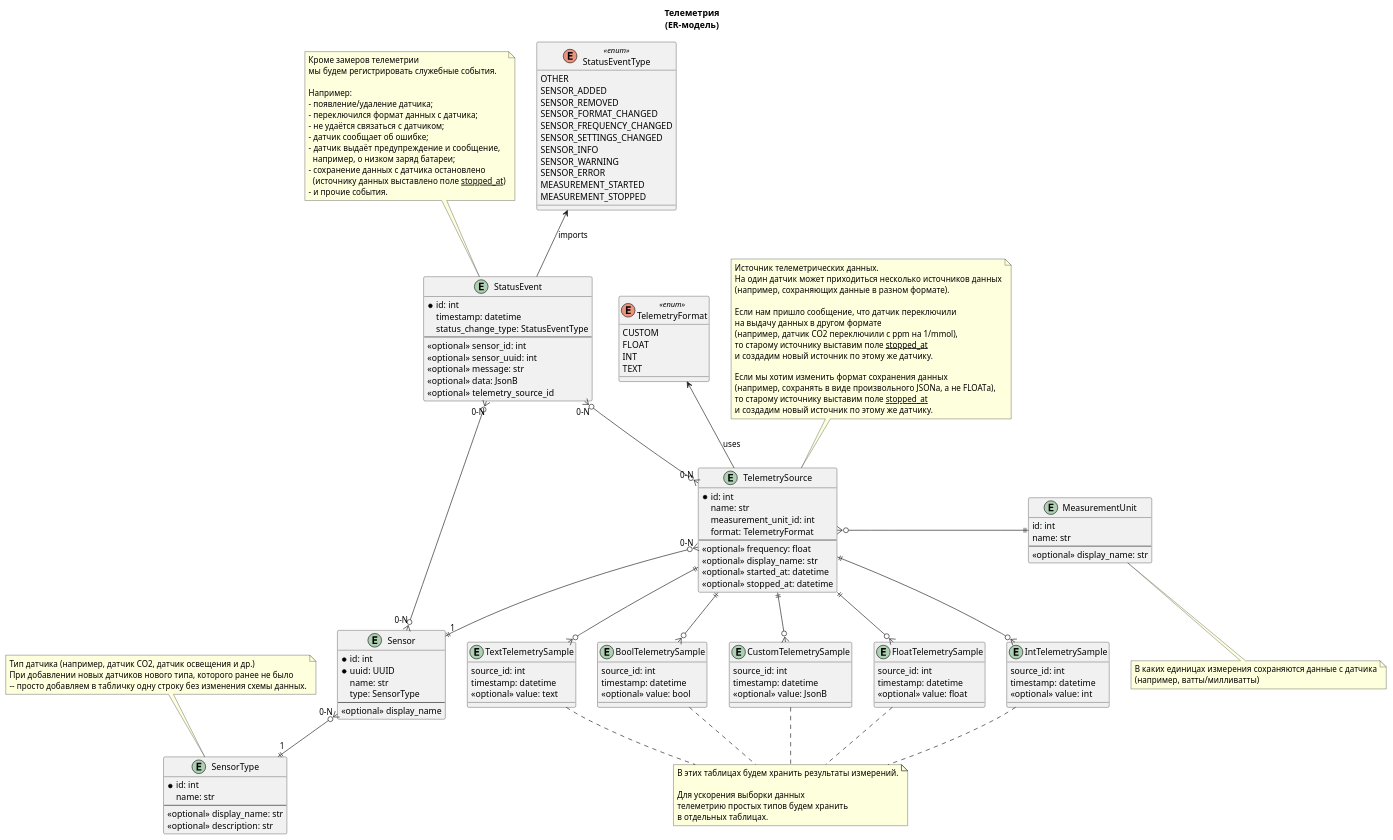
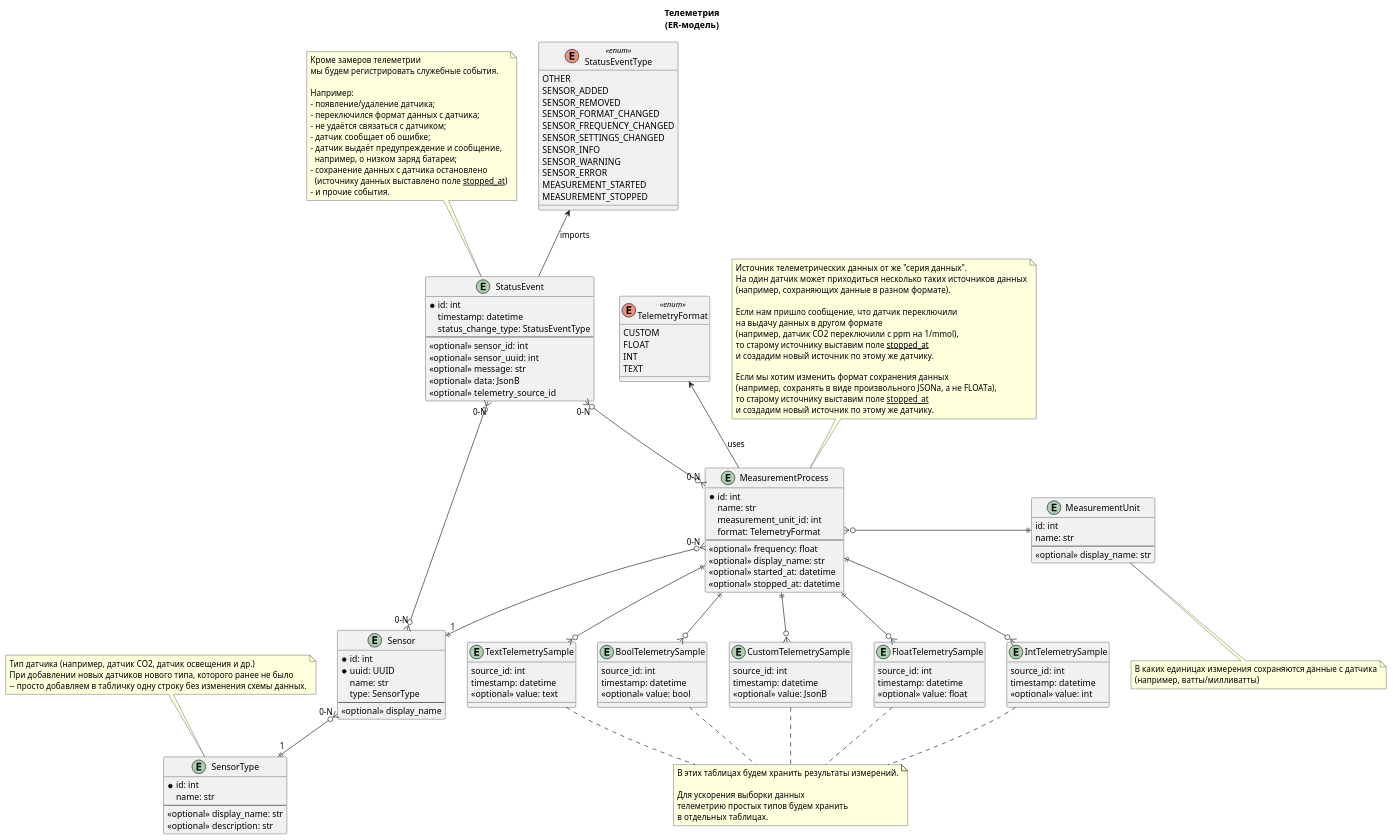
Before and after one commit to Felix-neko/architecture-pro-warmhouse: the diagram in diagrams/task3_er/er_telemetry.puml, drawn with PlantUML. The commit also changed 17 other files, not shown here.

```diff
--- a/diagrams/task3_er/er_telemetry.puml
+++ b/diagrams/task3_er/er_telemetry.puml
@@ -1,188 +1,188 @@
 @startuml
 
 title Телеметрия\n(ER-модель)
 
 entity SensorType {
     *id: int
     name: str
     ---
     <<optional>> display_name: str
     <<optional>> description: str
 }
 
 note as sensor_type_note
 Тип датчика (например, датчик CO2, датчик освещения и др.)
 При добавлении новых датчиков нового типа, которого ранее не было
 -- просто добавляем в табличку одну строку без изменения схемы данных.
 end note
 sensor_type_note .. SensorType
 
 entity Sensor {
     * id: int
     * uuid: UUID
     name: str
     type: SensorType
     ---
     <<optional>> display_name
 }
 
 Sensor "0-N" }o--|| "1" SensorType
 
 entity MeasurementUnit{
     id: int
     name: str
     --
     <<optional>> display_name: str
 }
 
 note as measurement_unit_note
     В каких единицах измерения сохраняются данные с датчика
     (например, ватты/милливатты)
 end note
 MeasurementUnit .. measurement_unit_note
 
 enum TelemetryFormat <<enum>> {
   CUSTOM
   FLOAT
   INT
   TEXT
 }
 
-entity TelemetrySource {
+entity MeasurementProcess {
     * id: int
     name: str
     measurement_unit_id: int
     format: TelemetryFormat
     --
     <<optional>> frequency: float
     <<optional>> display_name: str
     <<optional>> started_at: datetime
     <<optional>> stopped_at: datetime
 }
 
 note as telemetry_source_note
-    Источник телеметрических данных.
-    На один датчик может приходиться несколько источников данных
+    Источник телеметрических данных от же "серия данных".
+    На один датчик может приходиться несколько таких источников данных
     (например, сохраняющих данные в разном формате).
 
     Если нам пришло сообщение, что датчик переключили
     на выдачу данных в другом формате
     (например, датчик CO2 переключили с ppm на 1/mmol),
     то старому источнику выставим поле <u>stopped_at</u>
     и создадим новый источник по этому же датчику.
 
     Если мы хотим изменить формат сохранения данных
     (например, сохранять в виде произвольного JSONа, а не FLOATа),
     то старому источнику выставим поле <u>stopped_at</u>
     и создадим новый источник по этому же датчику.
     end note
 
-telemetry_source_note -- TelemetrySource
+telemetry_source_note -- MeasurementProcess
 
 
-TelemetrySource }o-|| MeasurementUnit
+MeasurementProcess }o-|| MeasurementUnit
 
-TelemetryFormat <-- TelemetrySource: uses
-TelemetrySource "0-N" }o--|| "1" Sensor
+TelemetryFormat <-- MeasurementProcess: uses
+MeasurementProcess "0-N" }o--|| "1" Sensor
 
 
 entity "CustomTelemetrySample" as custom_telemetry_sample {
     source_id: int
     timestamp: datetime
     <<optional>> value: JsonB
 }
 
 entity "FloatTelemetrySample" as float_telemetry_sample {
     source_id: int
     timestamp: datetime
     <<optional>> value: float
 }
 
 entity "IntTelemetrySample" as int_telemetry_sample {
     source_id: int
     timestamp: datetime
     <<optional>> value: int
 }
 
 entity "TextTelemetrySample" as text_telemetry_sample {
     source_id: int
     timestamp: datetime
     <<optional>> value: text
 }
 
 entity "BoolTelemetrySample" as bool_telemetry_sample {
     source_id: int
     timestamp: datetime
     <<optional>> value: bool
 }
 
-TelemetrySource ||--o{ custom_telemetry_sample
-TelemetrySource ||--o{ float_telemetry_sample
-TelemetrySource ||--o{ int_telemetry_sample
-TelemetrySource ||--o{ text_telemetry_sample
-TelemetrySource ||--o{ bool_telemetry_sample
+MeasurementProcess ||--o{ custom_telemetry_sample
+MeasurementProcess ||--o{ float_telemetry_sample
+MeasurementProcess ||--o{ int_telemetry_sample
+MeasurementProcess ||--o{ text_telemetry_sample
+MeasurementProcess ||--o{ bool_telemetry_sample
 
 note as telemetry_tables_note
 В этих таблицах будем хранить результаты измерений.
 
 Для ускорения выборки данных
 телеметрию простых типов будем хранить
 в отдельных таблицах.
 end note
 
 text_telemetry_sample .. telemetry_tables_note
 bool_telemetry_sample .. telemetry_tables_note
 custom_telemetry_sample .. telemetry_tables_note
 float_telemetry_sample .. telemetry_tables_note
 int_telemetry_sample .. telemetry_tables_note
 
 
 entity StatusEvent {
 * id: int
 timestamp: datetime
 status_change_type: StatusEventType
 ---
 <<optional>> sensor_id: int
 <<optional>> sensor_uuid: int
 <<optional>> message: str
 <<optional>> data: JsonB
 <<optional>> telemetry_source_id
 }
 
 note as status_event_note
 Кроме замеров телеметрии
 мы будем регистрировать служебные события.
 
 Например:
 - появление/удаление датчика;
 - переключился формат данных с датчика;
 - не удаётся связаться с датчиком;
 - датчик сообщает об ошибке;
 - датчик выдаёт предупреждение  и сообщение,
   например, о низком заряд батареи;
 - сохранение данных с датчика остановлено
   (источнику данных выставлено поле <u>stopped_at</u>)
 - и прочие события.
 end note
 status_event_note .. StatusEvent
 
 StatusEvent "0-N" }o--o{ "0-N" Sensor
-StatusEvent "0-N" }o--o{ "0-N" TelemetrySource
+StatusEvent "0-N" }o--o{ "0-N" MeasurementProcess
 
 enum StatusEventType <<enum>> {
     OTHER
     SENSOR_ADDED
     SENSOR_REMOVED
     SENSOR_FORMAT_CHANGED
     SENSOR_FREQUENCY_CHANGED
     SENSOR_SETTINGS_CHANGED
     SENSOR_INFO
     SENSOR_WARNING
     SENSOR_ERROR
     MEASUREMENT_STARTED
     MEASUREMENT_STOPPED
 }
 
 StatusEventType <-- StatusEvent :imports
 
 @enduml
```
